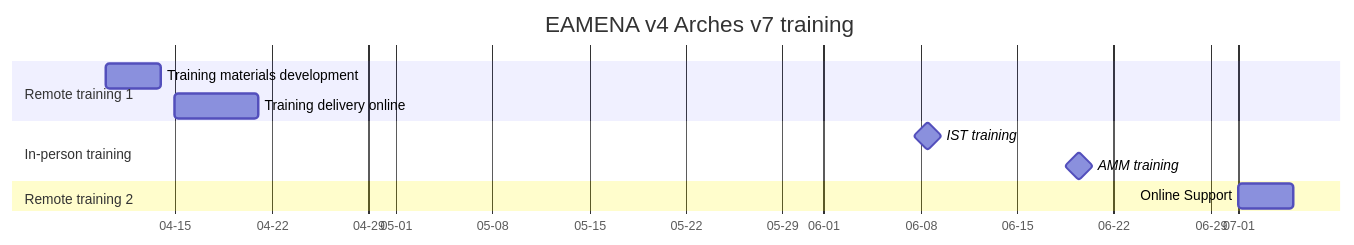
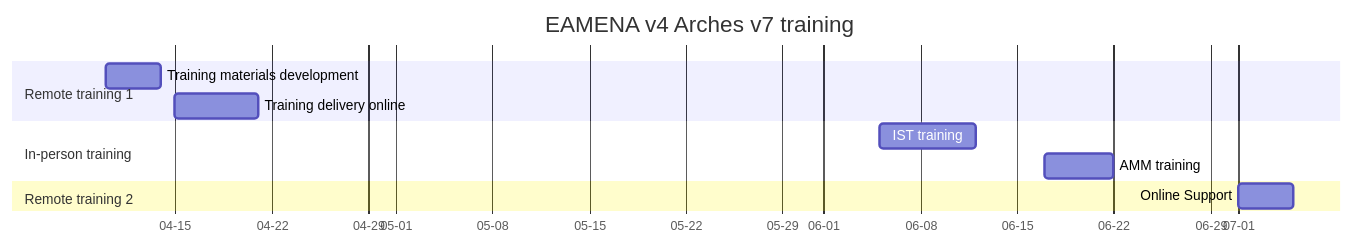
One commit to eamena-project/eamena-arches-dev changed the diagram in training/README.md. Above: the diagram before and after it, drawn with Mermaid.

Commit message:
training

````diff
--- a/training/README.md
+++ b/training/README.md
@@ -153,15 +153,15 @@
 ```mermaid
 gantt
     title EAMENA v4 Arches v7 training
     dateFormat  YYYY-MM-DD
     axisFormat  %m-%d
     tickInterval 7day
     section Remote training 1
     Training materials development     : a1, 2023-04-10, 4d
     Training delivery online           : a1, 2023-04-15, 6d
     section In-person training
-    IST training             : milestone, m3, 2023-06-05, 7d
-    AMM training             : milestone, m3, 2023-06-17, 2023-06-22
+    IST training             : a1, 2023-06-05, 7d
+    AMM training             : a1, 2023-06-17, 2023-06-22
     section Remote training 2
     Online Support                     : a1, 2023-07-01, 4d
 ```
````
